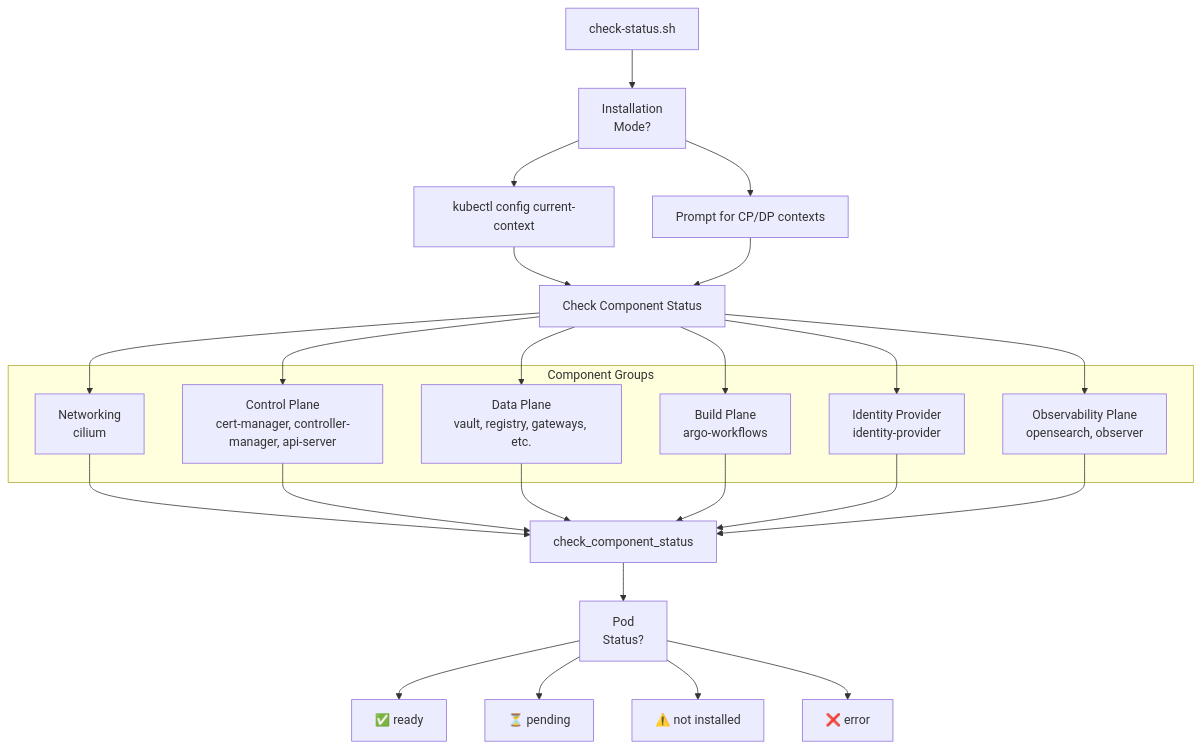
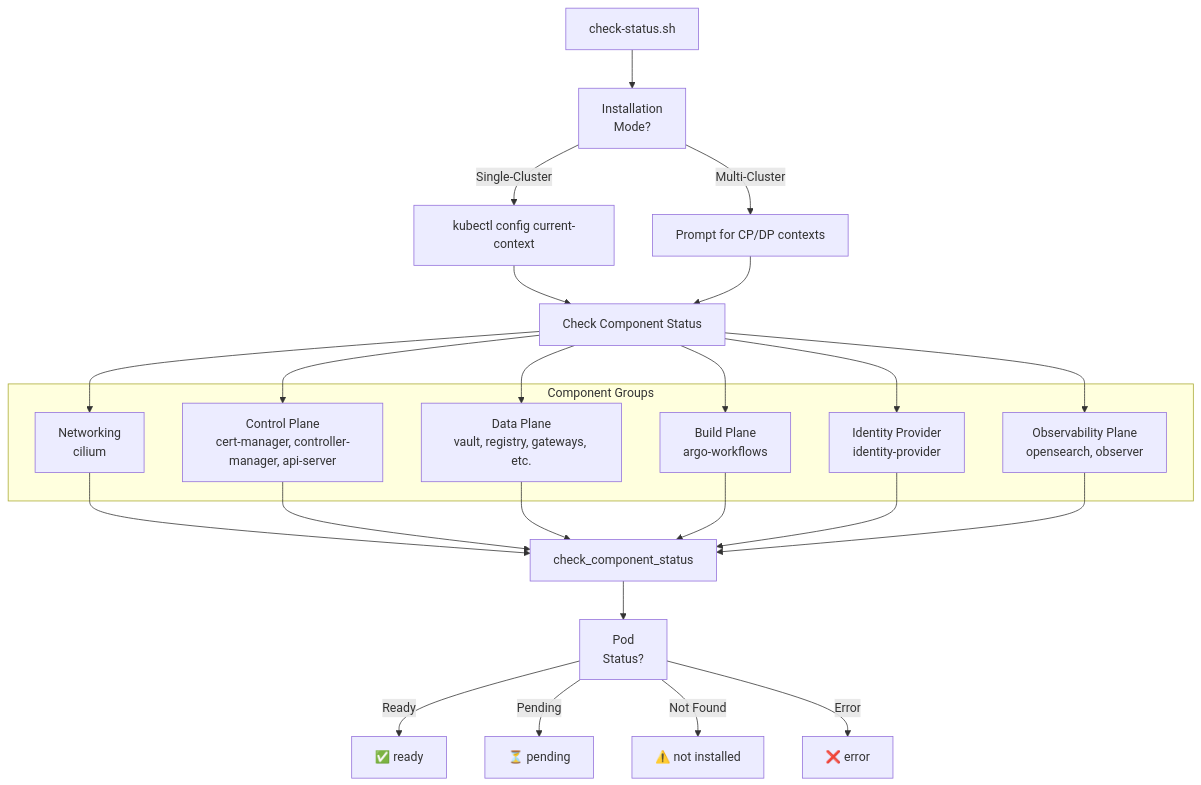
The fifth of 5 diagrams in docs/deepwiki/Installation-and-Setup.md (openchoreo/openchoreo), drawn with Mermaid before and after one commit. The commit also changed other lines of this file and 85 other files, not shown here.

Commit message:
feat: Add new workflow and specification templates, update Helm chart dependencies, and clarify documentation diagrams.

````diff
--- a/docs/deepwiki/Installation-and-Setup.md
+++ b/docs/deepwiki/Installation-and-Setup.md
@@ -409,53 +409,53 @@
 ```mermaid
 flowchart TD
 
 CheckScript["check-status.sh"]
 GetContext["Installation<br>Mode?"]
 CurrentContext["kubectl config current-context"]
 PromptContexts["Prompt for CP/DP contexts"]
 CheckComponents["Check Component Status"]
 Networking["Networking<br>cilium"]
 ControlPlane["Control Plane<br>cert-manager, controller-manager, api-server"]
 DataPlane["Data Plane<br>vault, registry, gateways, etc."]
 BuildPlane["Build Plane<br>argo-workflows"]
 Identity["Identity Provider<br>identity-provider"]
 Observability["Observability Plane<br>opensearch, observer"]
 GetPodStatus["check_component_status"]
 Status["Pod<br>Status?"]
 Ready["✅ ready"]
 Pending["⏳ pending"]
 NotInstalled["⚠️  not installed"]
 Error["❌ error"]
 
 CheckScript --> GetContext
-GetContext --> CurrentContext
-GetContext --> PromptContexts
+GetContext -->|"Single-Cluster"| CurrentContext
+GetContext -->|"Multi-Cluster"| PromptContexts
 CurrentContext --> CheckComponents
 PromptContexts --> CheckComponents
 CheckComponents --> Networking
 CheckComponents --> ControlPlane
 CheckComponents --> DataPlane
 CheckComponents --> BuildPlane
 CheckComponents --> Identity
 CheckComponents --> Observability
 Networking --> GetPodStatus
 ControlPlane --> GetPodStatus
 DataPlane --> GetPodStatus
 BuildPlane --> GetPodStatus
 Identity --> GetPodStatus
 Observability --> GetPodStatus
 GetPodStatus --> Status
-Status --> Ready
-Status --> Pending
-Status --> NotInstalled
-Status --> Error
+Status -->|"Ready"| Ready
+Status -->|"Pending"| Pending
+Status -->|"Not Found"| NotInstalled
+Status -->|"Error"| Error
 
 subgraph subGraph0 ["Component Groups"]
     Networking
     ControlPlane
     DataPlane
     BuildPlane
     Identity
     Observability
 end
 ```
````
